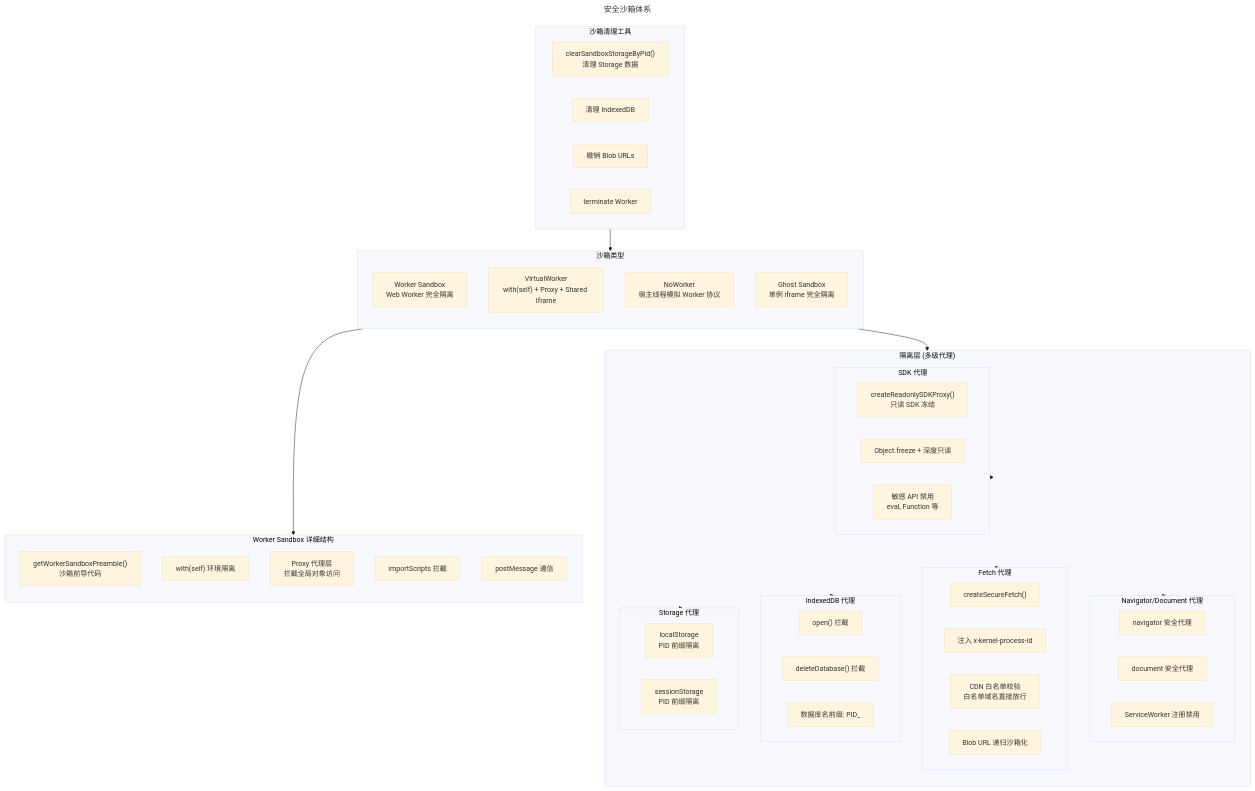
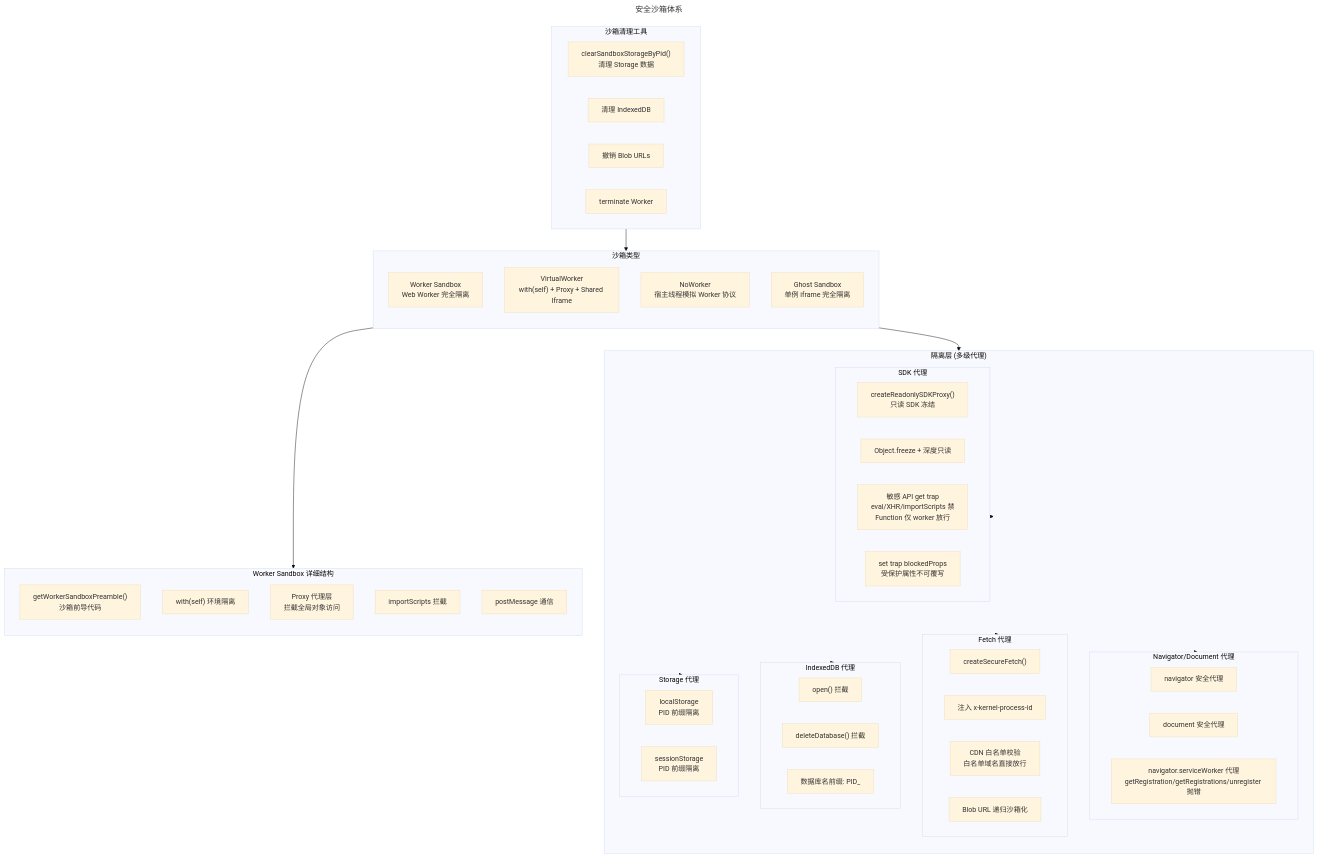
Before and after one commit to suluwanqing/sukinOS: the diagram in docs/mermaid/05-security-sandbox.mmd, drawn with Mermaid (base theme). The commit also changed 70 other files, not shown here.

```diff
--- a/docs/mermaid/05-security-sandbox.mmd
+++ b/docs/mermaid/05-security-sandbox.mmd
@@ -1,70 +1,71 @@
 ---
 title: 安全沙箱体系
 ---
 graph TB
     subgraph SandboxTypes["沙箱类型"]
         direction TB
         WorkerSandbox["Worker Sandbox<br/>Web Worker 完全隔离"]
         VirtualWorker["VirtualWorker<br/>with(self) + Proxy + Shared Iframe"]
         NoWorker["NoWorker<br/>宿主线程模拟 Worker 协议"]
         GhostSandbox["Ghost Sandbox<br/>单例 iframe 完全隔离"]
     end
 
     subgraph WorkerSandboxDetail["Worker Sandbox 详细结构"]
         direction TB
         Preamble["getWorkerSandboxPreamble()<br/>沙箱前导代码"]
         WithEnv["with(self) 环境隔离"]
         WorkerProxy["Proxy 代理层<br/>拦截全局对象访问"]
         ImportScripts["importScripts 拦截"]
         PostMessage["postMessage 通信"]
     end
 
     subgraph IsolationLayer["隔离层 (多级代理)"]
         direction TB
 
         subgraph StorageProxy["Storage 代理"]
             LocalStorageProxy["localStorage<br/>PID 前缀隔离"]
             SessionStorageProxy["sessionStorage<br/>PID 前缀隔离"]
         end
 
         subgraph IndexedDBProxy["IndexedDB 代理"]
             IDBOpen["open() 拦截"]
             IDBDelete["deleteDatabase() 拦截"]
             IDBName["数据库名前缀: PID_"]
         end
 
         subgraph FetchProxy["Fetch 代理"]
             SecureFetch["createSecureFetch()"]
             KernelHeader["注入 x-kernel-process-id"]
             CDNWhitelist["CDN 白名单校验<br/>白名单域名直接放行"]
             BlobSandbox["Blob URL 递归沙箱化"]
         end
 
         subgraph NavProxy["Navigator/Document 代理"]
             NavigatorProxy["navigator 安全代理"]
             DocumentProxy["document 安全代理"]
-            ServiceWorkerBlock["ServiceWorker 注册禁用"]
+            ServiceWorkerBlock["navigator.serviceWorker 代理<br/>getRegistration/getRegistrations/unregister 抛错"]
         end
 
         subgraph SDKProxy["SDK 代理"]
             ReadonlySDK["createReadonlySDKProxy()<br/>只读 SDK 冻结"]
             SDKFreeze["Object.freeze + 深度只读"]
-            SensitiveApi["敏感 API 禁用<br/>eval, Function 等"]
+            SensitiveApi["敏感 API get trap<br/>eval/XHR/importScripts 禁<br/>Function 仅 worker 放行"]
+            BlockedProps["set trap blockedProps<br/>受保护属性不可覆写"]
         end
     end
 
     subgraph CleanupTools["沙箱清理工具"]
         ClearStorage["clearSandboxStorageByPid()<br/>清理 Storage 数据"]
         ClearIndexedDB["清理 IndexedDB"]
         ClearBlobURLs["撤销 Blob URLs"]
         ClearWorker["terminate Worker"]
     end
 
     SandboxTypes --> WorkerSandboxDetail
     SandboxTypes --> IsolationLayer
     IsolationLayer --> StorageProxy
     IsolationLayer --> IndexedDBProxy
     IsolationLayer --> FetchProxy
     IsolationLayer --> NavProxy
     IsolationLayer --> SDKProxy
     CleanupTools --> SandboxTypes
```
